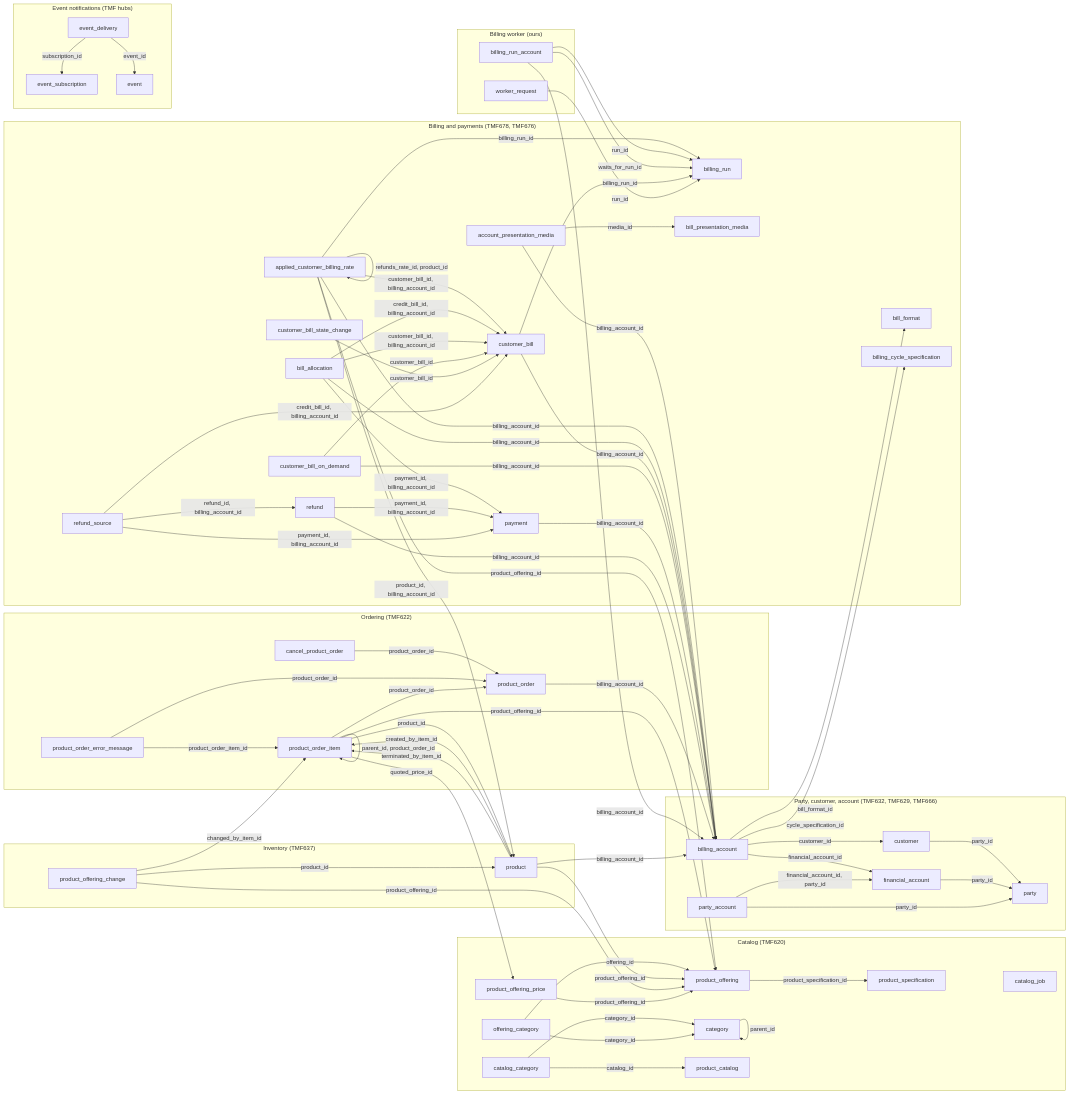
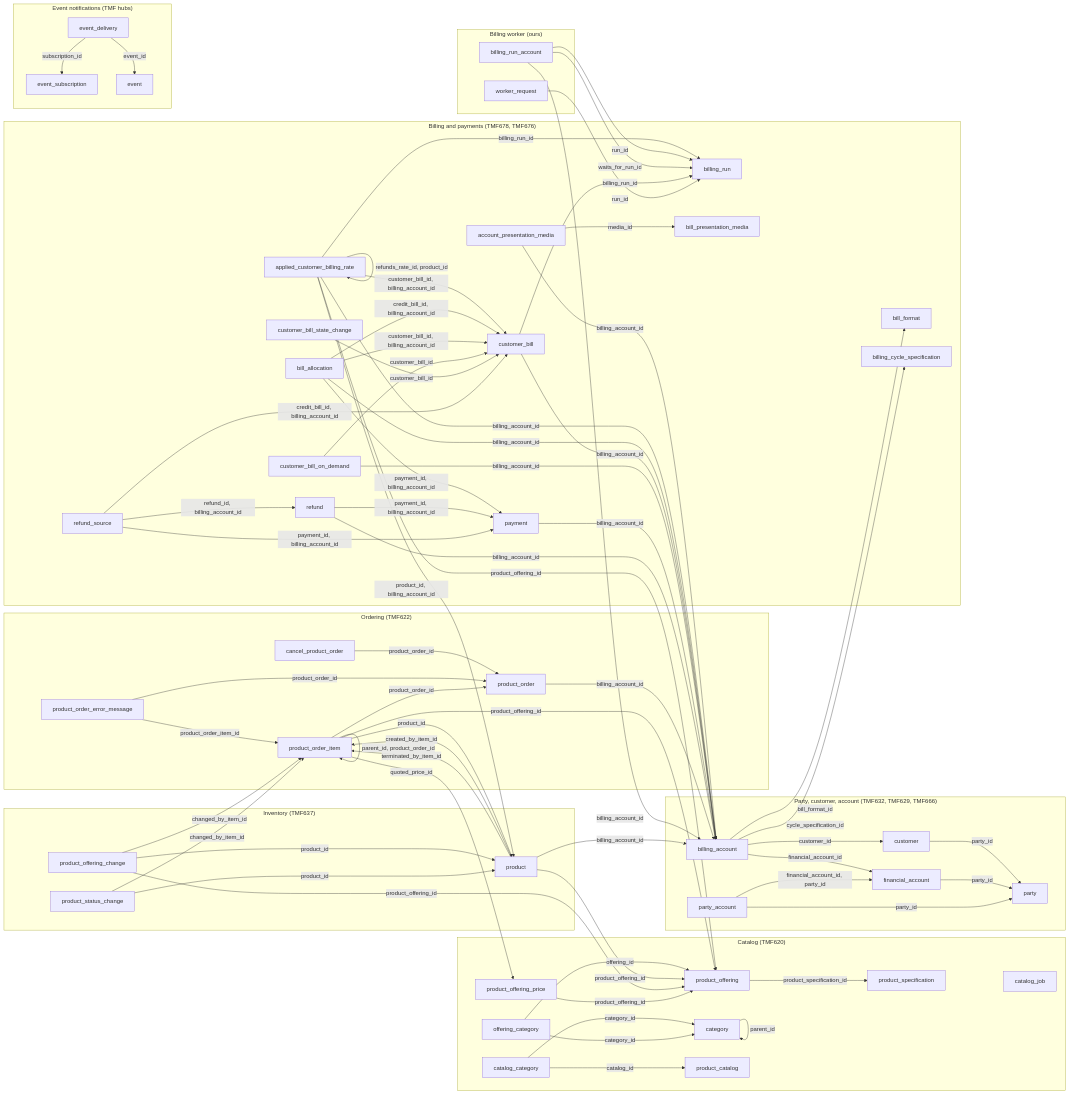
The first of 8 diagrams in docs/db/README.md (altharmz/bss), drawn with Mermaid before and after one commit. The commit also changed other lines of this file and 57 other files, not shown here.

```diff
--- a/docs/db/README.md
+++ b/docs/db/README.md
@@ -76,6 +77,7 @@
   subgraph area_inventory["Inventory (TMF637)"]
     product[product]
     product_offering_change[product_offering_change]
+    product_status_change[product_status_change]
   end
   subgraph area_billing["Billing and payments (TMF678, TMF676)"]
     billing_run[billing_run]
@@ -155,6 +157,8 @@
   product_order_item -->|"product_offering_id"| product_offering
   product_order_item -->|"product_order_id"| product_order
   product_order_item -->|"quoted_price_id"| product_offering_price
+  product_status_change -->|"changed_by_item_id"| product_order_item
+  product_status_change -->|"product_id"| product
   refund -->|"billing_account_id"| billing_account
   refund -->|"payment_id, billing_account_id"| payment
   refund_source -->|"credit_bill_id, billing_account_id"| customer_bill
```
